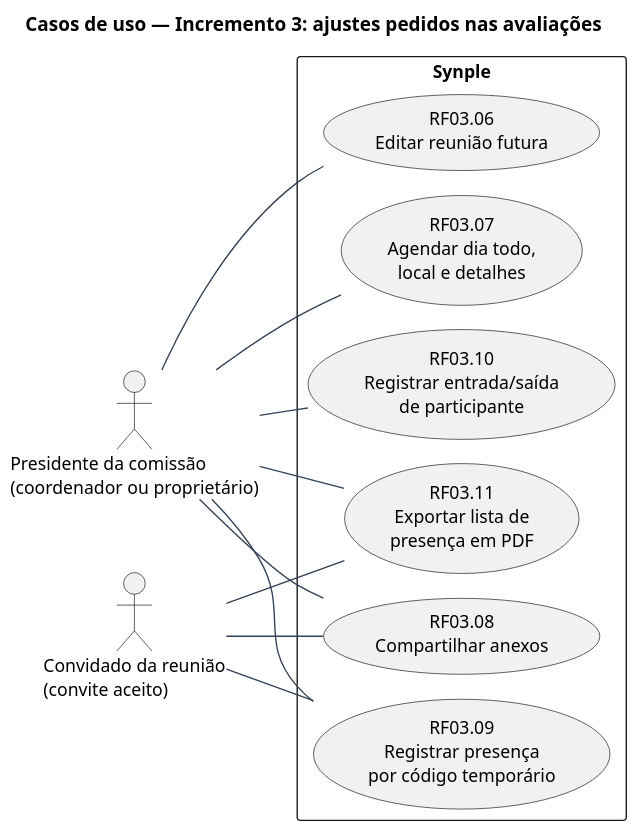
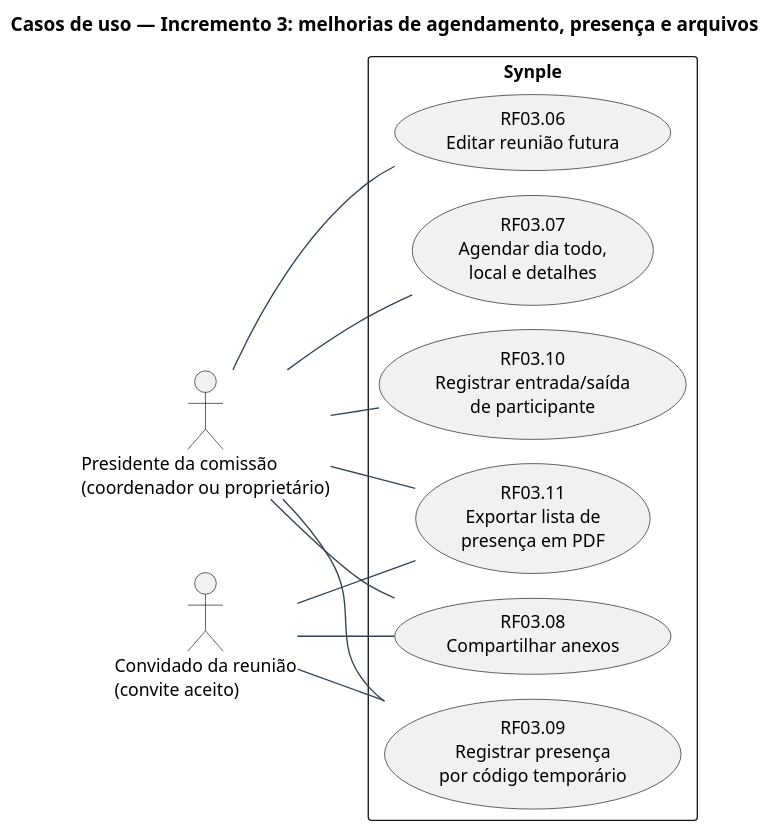
One commit to skzun/BRTPDS2 changed the diagram in docs/Diagramas/ENTREGA_DEFINITIVA/fontes/uc-incremento-3-ajustes.puml. Above: the diagram before and after it, drawn with PlantUML. The commit also changed 10 other files, not shown here.

```diff
--- a/docs/Diagramas/ENTREGA_DEFINITIVA/fontes/uc-incremento-3-ajustes.puml
+++ b/docs/Diagramas/ENTREGA_DEFINITIVA/fontes/uc-incremento-3-ajustes.puml
@@ -1,31 +1,31 @@
 @startuml
 !pragma layout smetana
 skinparam backgroundColor white
 skinparam shadowing false
 skinparam defaultFontName SansSerif
 skinparam defaultFontSize 13
 skinparam ArrowColor #334155
 skinparam roundcorner 5
 skinparam dpi 130
 left to right direction
-title Casos de uso — Incremento 3: ajustes pedidos nas avaliações
+title Casos de uso — Incremento 3: melhorias de agendamento, presença e arquivos
 actor "Presidente da comissão\n(coordenador ou proprietário)" as G
 actor "Convidado da reunião\n(convite aceito)" as C
 rectangle "Synple" {
   usecase "RF03.06\nEditar reunião futura" as E6
   usecase "RF03.07\nAgendar dia todo,\nlocal e detalhes" as E7
   usecase "RF03.10\nRegistrar entrada/saída\nde participante" as E10
   usecase "RF03.09\nRegistrar presença\npor código temporário" as E9
   usecase "RF03.11\nExportar lista de\npresença em PDF" as E11
   usecase "RF03.08\nCompartilhar anexos" as E8
 }
 G -- E6
 G -- E7
 G -- E10
 G -- E9
 G -- E11
 G -- E8
 C -- E9
 C -- E11
 C -- E8
 @enduml
```
